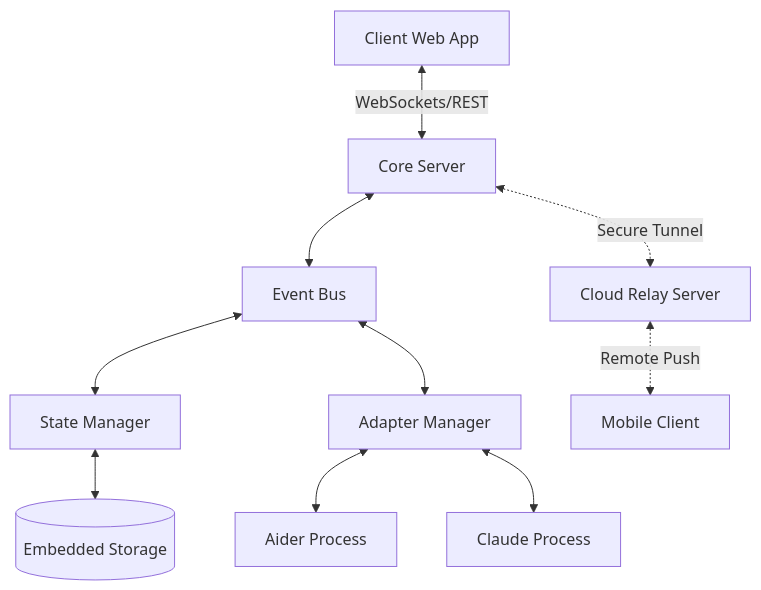
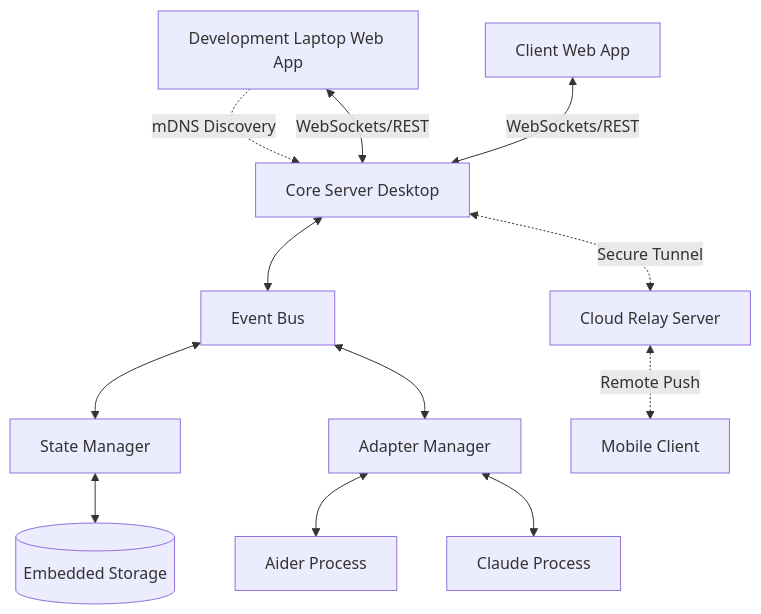
The first of 2 diagrams in blueprint/ARCHITECTURE.md (qhukz13/Asterim), drawn with Mermaid before and after one commit. The commit also changed 15 other files, not shown here.

````diff
--- a/blueprint/ARCHITECTURE.md
+++ b/blueprint/ARCHITECTURE.md
@@ -12,13 +12,15 @@
 ```mermaid
 graph TD
-    UI[Client Web App] <-->|WebSockets/REST| API[Core Server]
+    Laptop[Development Laptop Web App] -.->|mDNS Discovery| API
+    Laptop <-->|WebSockets/REST| API
+    UI[Client Web App] <-->|WebSockets/REST| API[Core Server Desktop]
     API <--> Bus[Event Bus]
     Bus <--> State[State Manager]
     Bus <--> AdapterManager[Adapter Manager]
     AdapterManager <--> Aider[Aider Process]
     AdapterManager <--> Claude[Claude Process]
     State <--> DB[(Embedded Storage)]
     
     API <-.->|Secure Tunnel| Relay[Cloud Relay Server]
     Relay <-.->|Remote Push| Mobile[Mobile Client]
 ```
````
